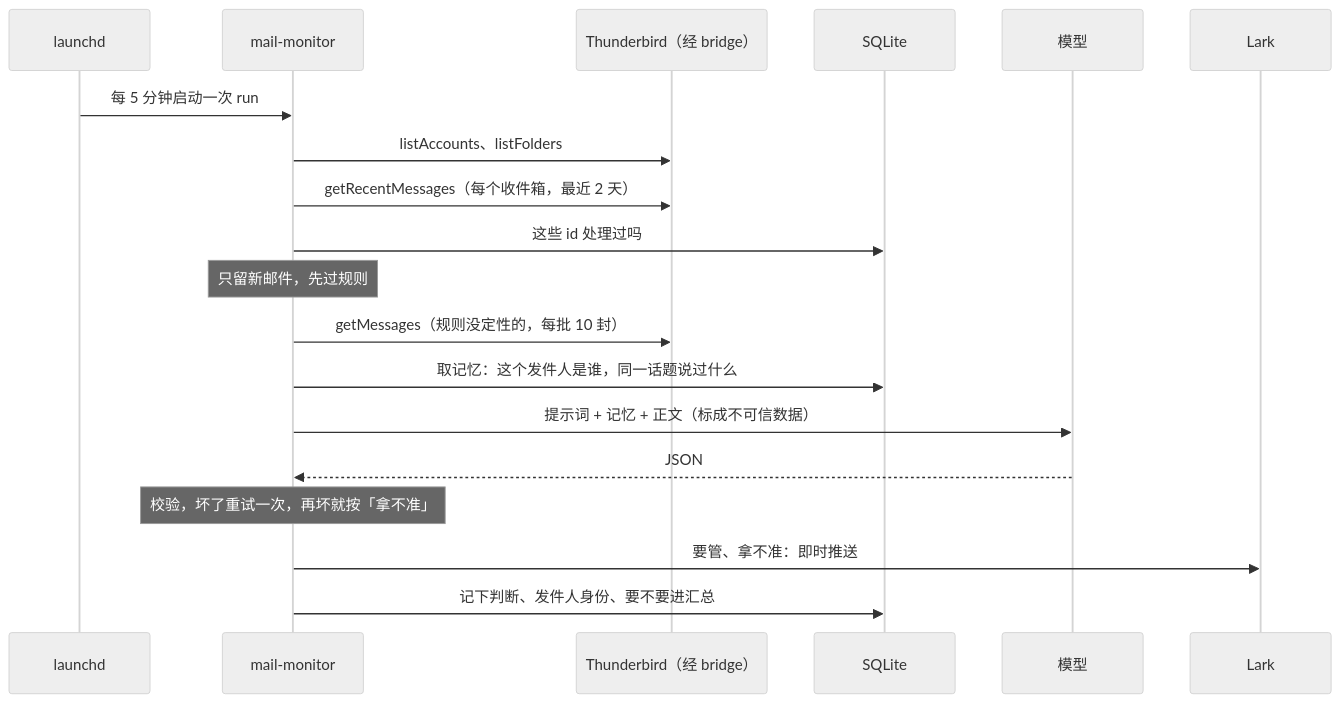
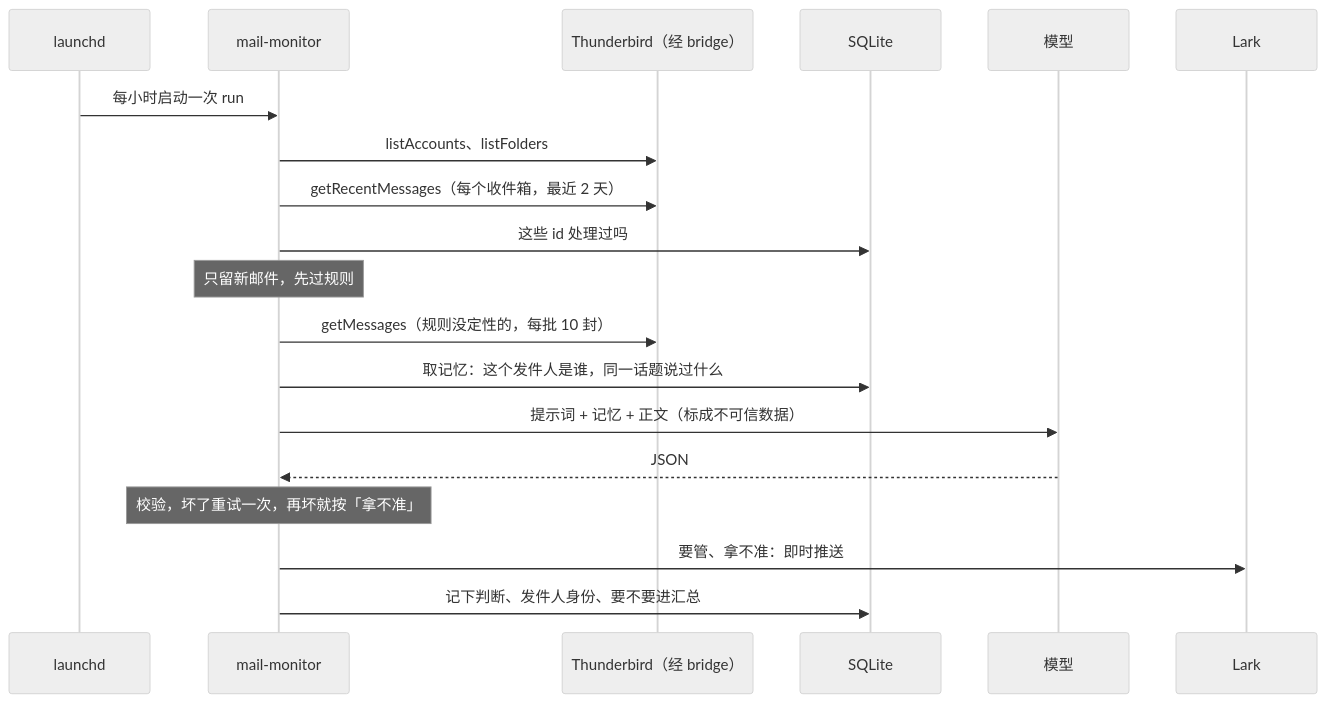
The second of 3 diagrams in monitor/docs/architecture.md (yuhang2551/thunderbird-mail-agent), drawn with Mermaid (neutral theme) before and after one commit. The commit also changed other lines of this file and 12 other files, not shown here.

````diff
--- a/monitor/docs/architecture.md
+++ b/monitor/docs/architecture.md
@@ -47,21 +47,21 @@
 ```mermaid
 sequenceDiagram
     participant L as launchd
     participant M as mail-monitor
     participant T as Thunderbird（经 bridge）
     participant D as SQLite
     participant A as 模型
     participant K as Lark
-    L->>M: 每 5 分钟启动一次 run
+    L->>M: 每小时启动一次 run
     M->>T: listAccounts、listFolders
     M->>T: getRecentMessages（每个收件箱，最近 2 天）
     M->>D: 这些 id 处理过吗
     Note over M: 只留新邮件，先过规则
     M->>T: getMessages（规则没定性的，每批 10 封）
     M->>D: 取记忆：这个发件人是谁，同一话题说过什么
     M->>A: 提示词 + 记忆 + 正文（标成不可信数据）
     A-->>M: JSON
     Note over M: 校验，坏了重试一次，再坏就按「拿不准」
     M->>K: 要管、拿不准：即时推送
     M->>D: 记下判断、发件人身份、要不要进汇总
 ```
````
